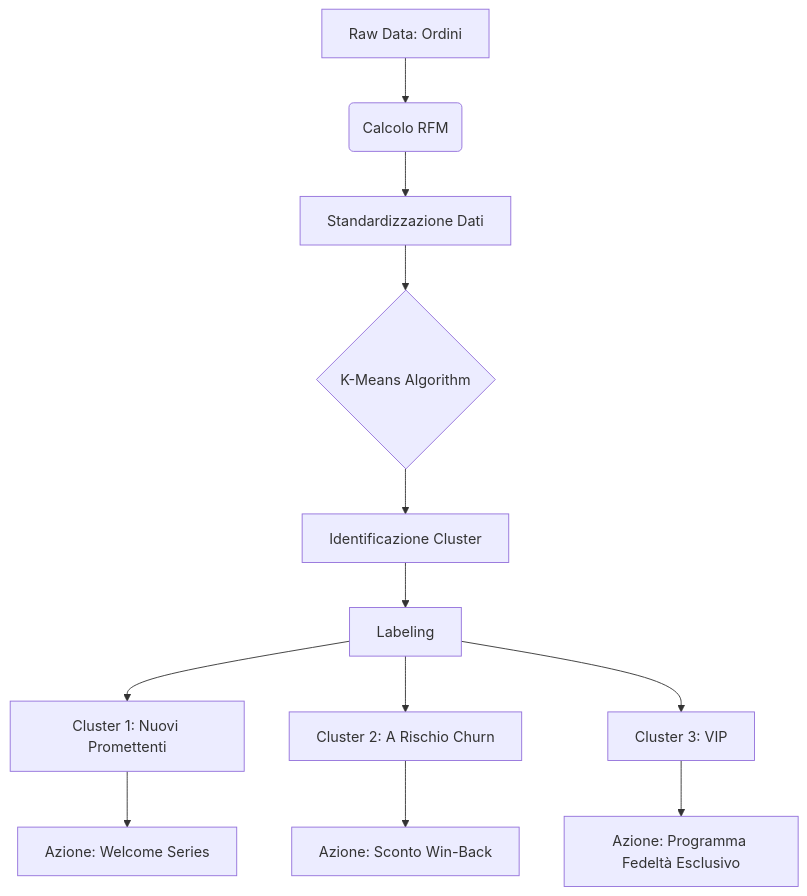
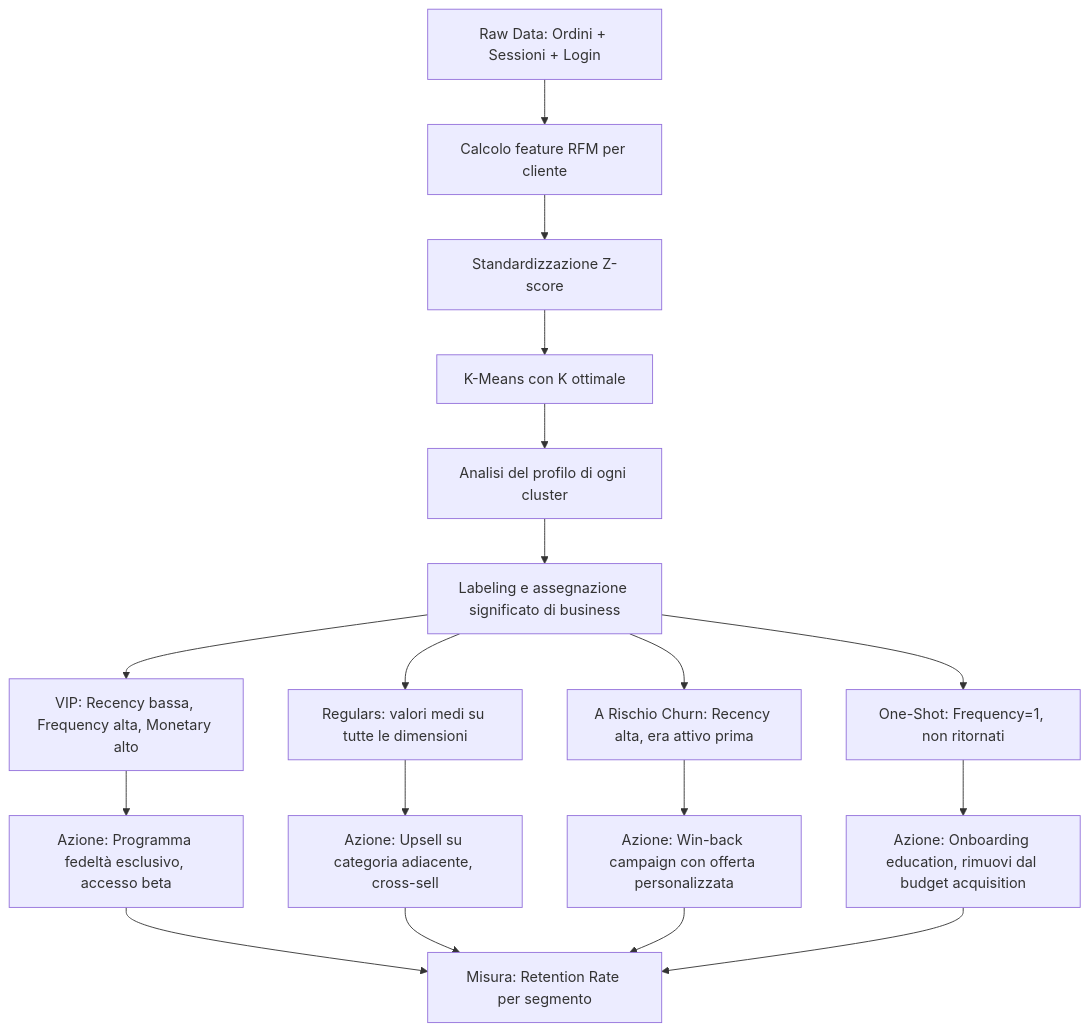
The diagram in src/content/blog/cluster-analysis.mdx (AndreyBertasini/gynnitech), drawn with Mermaid before and after one commit. The commit also changed other lines of this file and 27 other files, not shown here.

First line of the commit message:
content: riscrivi tutti i 28 articoli del blog con esempi reali e profondita'

````diff
--- a/src/content/blog/cluster-analysis.mdx
+++ b/src/content/blog/cluster-analysis.mdx
@@ -74,14 +176,20 @@
 ```mermaid
 graph TD
-    A[Raw Data: Ordini] --> B(Calcolo RFM);
-    B --> C[Standardizzazione Dati];
-    C --> D{K-Means Algorithm};
-    D --> E[Identificazione Cluster];
-    E --> F[Labeling];
-    F --> G1[Cluster 1: Nuovi Promettenti];
-    F --> G2[Cluster 2: A Rischio Churn];
-    F --> G3[Cluster 3: VIP];
-    G1 --> H1[Azione: Welcome Series];
-    G2 --> H2[Azione: Sconto Win-Back];
-    G3 --> H3[Azione: Programma Fedeltà Esclusivo];
+    A[Raw Data: Ordini + Sessioni + Login] --> B[Calcolo feature RFM per cliente]
+    B --> C[Standardizzazione Z-score]
+    C --> D[K-Means con K ottimale]
+    D --> E[Analisi del profilo di ogni cluster]
+    E --> F[Labeling e assegnazione significato di business]
+    F --> G1[VIP: Recency bassa, Frequency alta, Monetary alto]
+    F --> G2[Regulars: valori medi su tutte le dimensioni]
+    F --> G3[A Rischio Churn: Recency alta, era attivo prima]
+    F --> G4[One-Shot: Frequency=1, non ritornati]
+    G1 --> H1[Azione: Programma fedeltà esclusivo, accesso beta]
+    G2 --> H2[Azione: Upsell su categoria adiacente, cross-sell]
+    G3 --> H3[Azione: Win-back campaign con offerta personalizzata]
+    G4 --> H4[Azione: Onboarding education, rimuovi dal budget acquisition]
+    H1 --> I[Misura: Retention Rate per segmento]
+    H2 --> I
+    H3 --> I
+    H4 --> I
 ```
````
